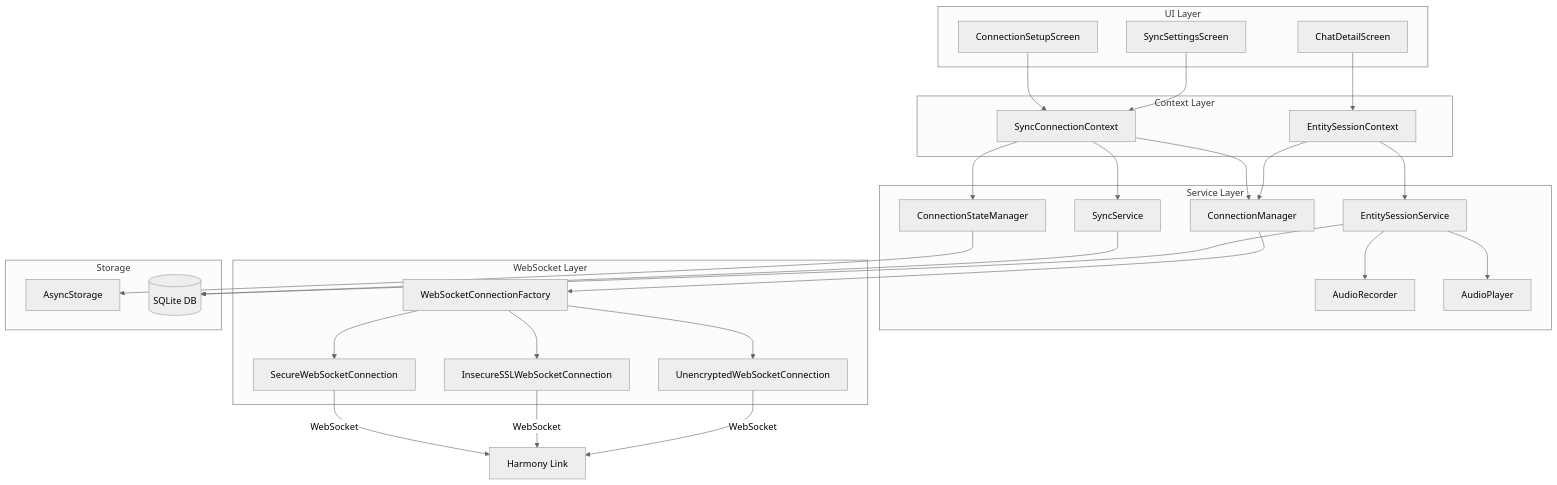
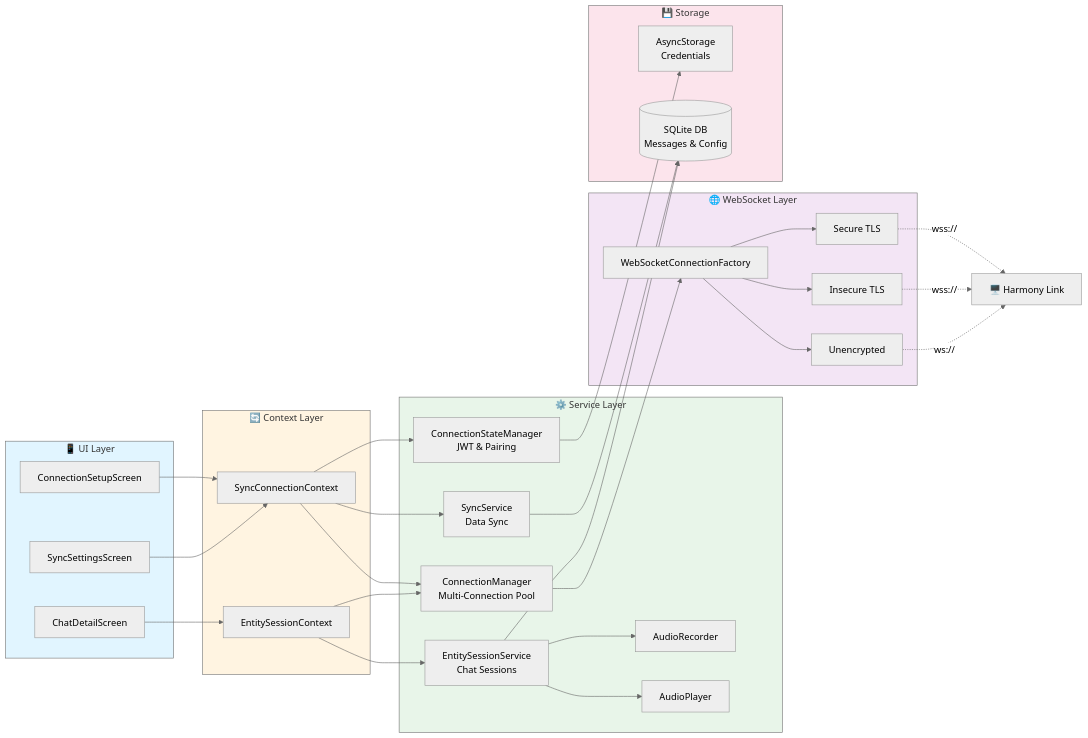
Before and after one commit to harmony-ai-solutions/harmony-ai-app: the first of 3 diagrams in docs/harmony-link-diagrams/01-connection-architecture.md, drawn with Mermaid (neutral theme).

````diff
--- a/docs/harmony-link-diagrams/01-connection-architecture.md
+++ b/docs/harmony-link-diagrams/01-connection-architecture.md
@@ -7,60 +7,66 @@
 ```mermaid
-graph TB
-    subgraph "UI Layer"
+graph LR
+    subgraph UI["📱 UI Layer"]
         Setup[ConnectionSetupScreen]
         Chat[ChatDetailScreen]
         Sync[SyncSettingsScreen]
     end
     
-    subgraph "Context Layer"
+    subgraph Context["🔄 Context Layer"]
         SyncCtx[SyncConnectionContext]
         EntityCtx[EntitySessionContext]
     end
     
-    subgraph "Service Layer"
-        CSM[ConnectionStateManager]
-        CM[ConnectionManager]
-        SS[SyncService]
-        ESS[EntitySessionService]
+    subgraph Services["⚙️ Service Layer"]
+        CSM[ConnectionStateManager<br/>JWT & Pairing]
+        CM[ConnectionManager<br/>Multi-Connection Pool]
+        SS[SyncService<br/>Data Sync]
+        ESS[EntitySessionService<br/>Chat Sessions]
         AR[AudioRecorder]
         AP[AudioPlayer]
     end
     
-    subgraph "WebSocket Layer"
+    subgraph WS["🌐 WebSocket Layer"]
         Factory[WebSocketConnectionFactory]
-        Secure[SecureWebSocketConnection]
-        Insecure[InsecureSSLWebSocketConnection]
-        Unencrypted[UnencryptedWebSocketConnection]
+        Secure[Secure TLS]
+        Insecure[Insecure TLS]
+        Unencrypted[Unencrypted]
     end
     
-    subgraph "Storage"
-        AS[AsyncStorage]
-        DB[(SQLite DB)]
+    subgraph Storage["💾 Storage"]
+        AS[AsyncStorage<br/>Credentials]
+        DB[(SQLite DB<br/>Messages & Config)]
     end
     
     Setup --> SyncCtx
     Chat --> EntityCtx
     Sync --> SyncCtx
     
     SyncCtx --> CSM
     SyncCtx --> CM
     SyncCtx --> SS
     
     EntityCtx --> ESS
     EntityCtx --> CM
     
     CSM --> AS
     SS --> DB
     ESS --> DB
     ESS --> AR
     ESS --> AP
     
     CM --> Factory
     Factory --> Secure
     Factory --> Insecure
     Factory --> Unencrypted
     
-    Secure --> |WebSocket|HL[Harmony Link]
-    Insecure --> |WebSocket|HL
-    Unencrypted --> |WebSocket|HL
+    Secure -.->|wss://| HL[🖥️ Harmony Link]
+    Insecure -.->|wss://| HL
+    Unencrypted -.->|ws://| HL
+    
+    style UI fill:#e1f5ff
+    style Context fill:#fff4e1
+    style Services fill:#e8f5e9
+    style WS fill:#f3e5f5
+    style Storage fill:#fce4ec
 ```
````
